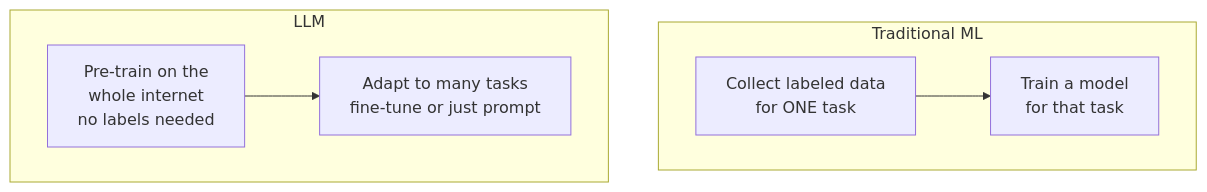
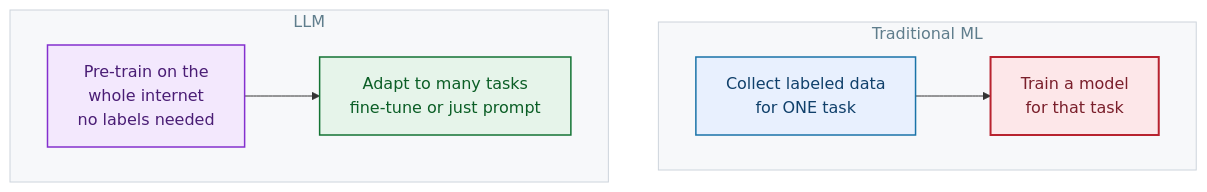
The diagram in slides/diagrams/diag10.mmd (kasemsit/261405), drawn with Mermaid before and after one commit. The commit also changed 45 other files, not shown here.

Commit message:
Add 5 topics (metrics, recsys, unsupervised, fine-tuning, PDPA/injection/interpretability), detailed RAG/agentic diagrams, course landing page

```diff
--- a/slides/diagrams/diag10.mmd
+++ b/slides/diagrams/diag10.mmd
@@ -1,7 +1,20 @@
 flowchart TD
   subgraph Classic["Traditional ML"]
     A1[Collect labeled data<br/>for ONE task] --> A2[Train a model<br/>for that task]
   end
   subgraph LLM["LLM"]
     B1[Pre-train on the<br/>whole internet<br/>no labels needed] --> B2[Adapt to many tasks<br/>fine-tune or just prompt]
   end
+
+  classDef inp   fill:#e8f0fe,stroke:#1a73a8,color:#10406b,stroke-width:1.5px;
+  classDef proc  fill:#f3e8fd,stroke:#8430ce,color:#4a1d75,stroke-width:1.5px;
+  classDef model fill:#fde7e9,stroke:#b8232f,color:#7a1f2b,stroke-width:2px;
+  classDef good  fill:#e6f4ea,stroke:#137333,color:#0b5e26,stroke-width:1.5px;
+  classDef warn  fill:#fff3e0,stroke:#e08600,color:#8a5200,stroke-width:1.5px;
+  classDef store fill:#eceff1,stroke:#5f7d8c,color:#324a54,stroke-width:1.5px;
+  class A1 inp;
+  class A2 model;
+  class B1 proc;
+  class B2 good;
+  style Classic fill:#f7f8fa,stroke:#cdd4dc,color:#5f7d8c;
+  style LLM fill:#f7f8fa,stroke:#cdd4dc,color:#5f7d8c;
```
